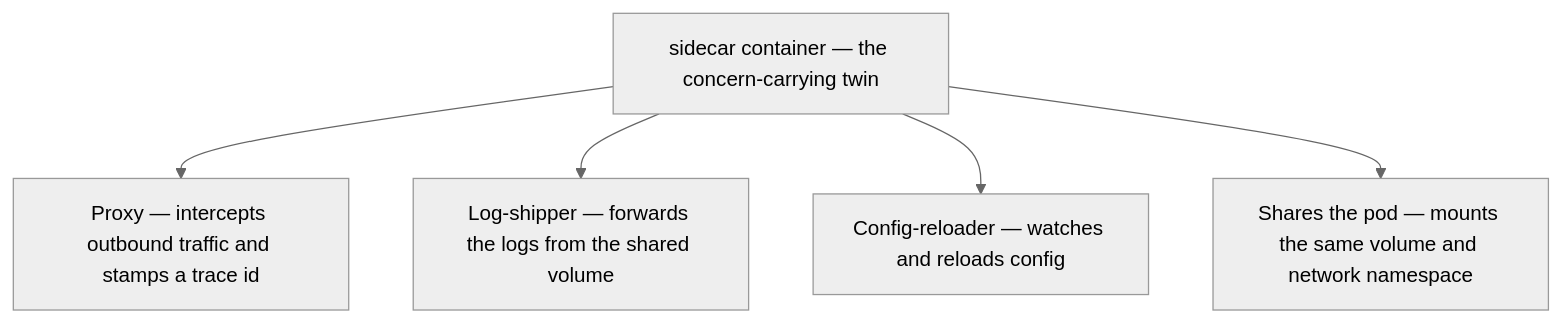
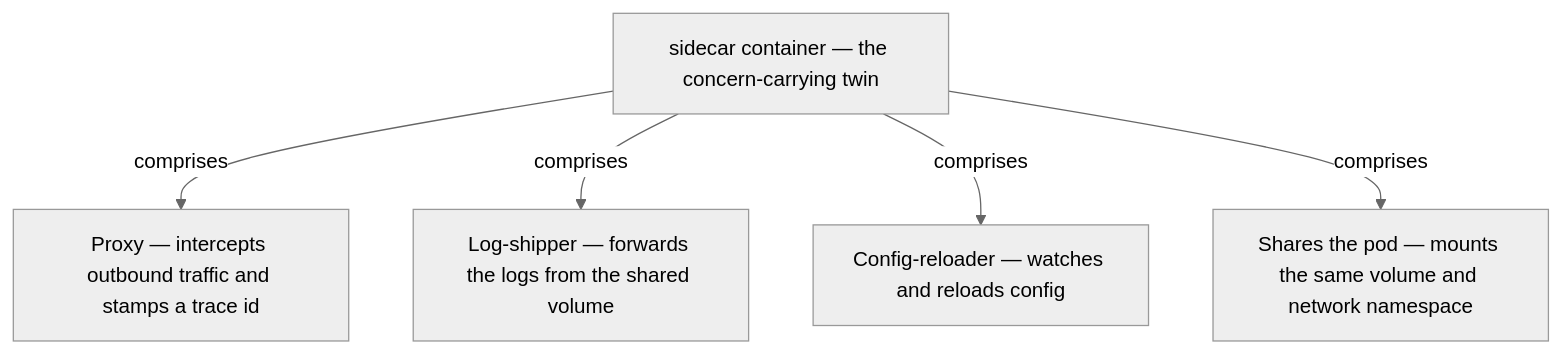
The sixth of 13 diagrams in docs/ch42-sidecar.md (vinayakuber/microservices-io-study-guide), drawn with Mermaid (neutral theme) before and after one commit. The commit also changed other lines of this file and 71 other files, not shown here.

First line of the commit message:
R18: label every diagram arrow with its meaning

````diff
--- a/docs/ch42-sidecar.md
+++ b/docs/ch42-sidecar.md
@@ -203,8 +203,8 @@
 ```mermaid
 flowchart TD
   R["sidecar container — the concern-carrying twin"]
-  R --> P0["Proxy — intercepts outbound traffic and stamps a trace id"]
-  R --> P1["Log-shipper — forwards the logs from the shared volume"]
-  R --> P2["Config-reloader — watches and reloads config"]
-  R --> P3["Shares the pod — mounts the same volume and network namespace"]
+  R -->|"comprises"| P0["Proxy — intercepts outbound traffic and stamps a trace id"]
+  R -->|"comprises"| P1["Log-shipper — forwards the logs from the shared volume"]
+  R -->|"comprises"| P2["Config-reloader — watches and reloads config"]
+  R -->|"comprises"| P3["Shares the pod — mounts the same volume and network namespace"]
 ```
````
